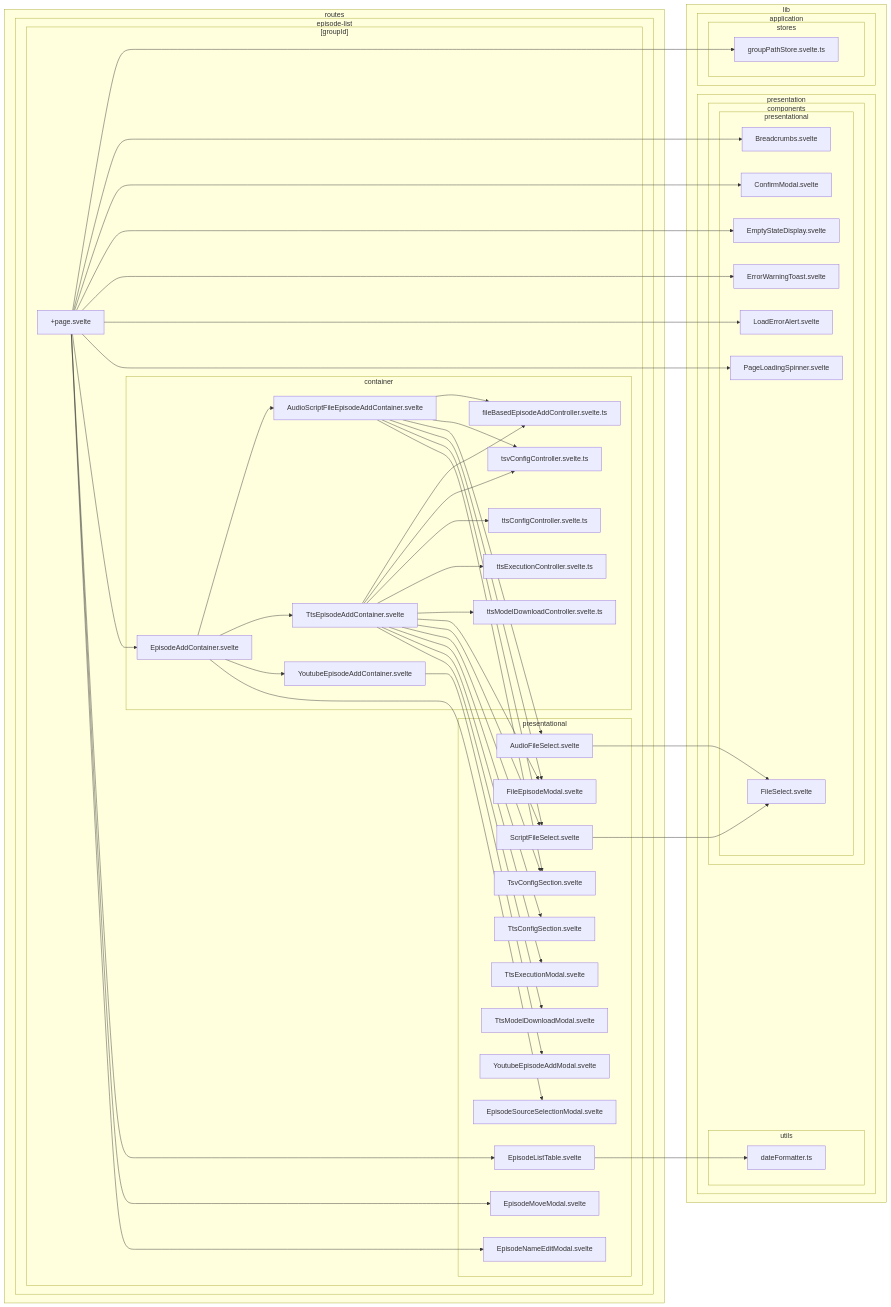
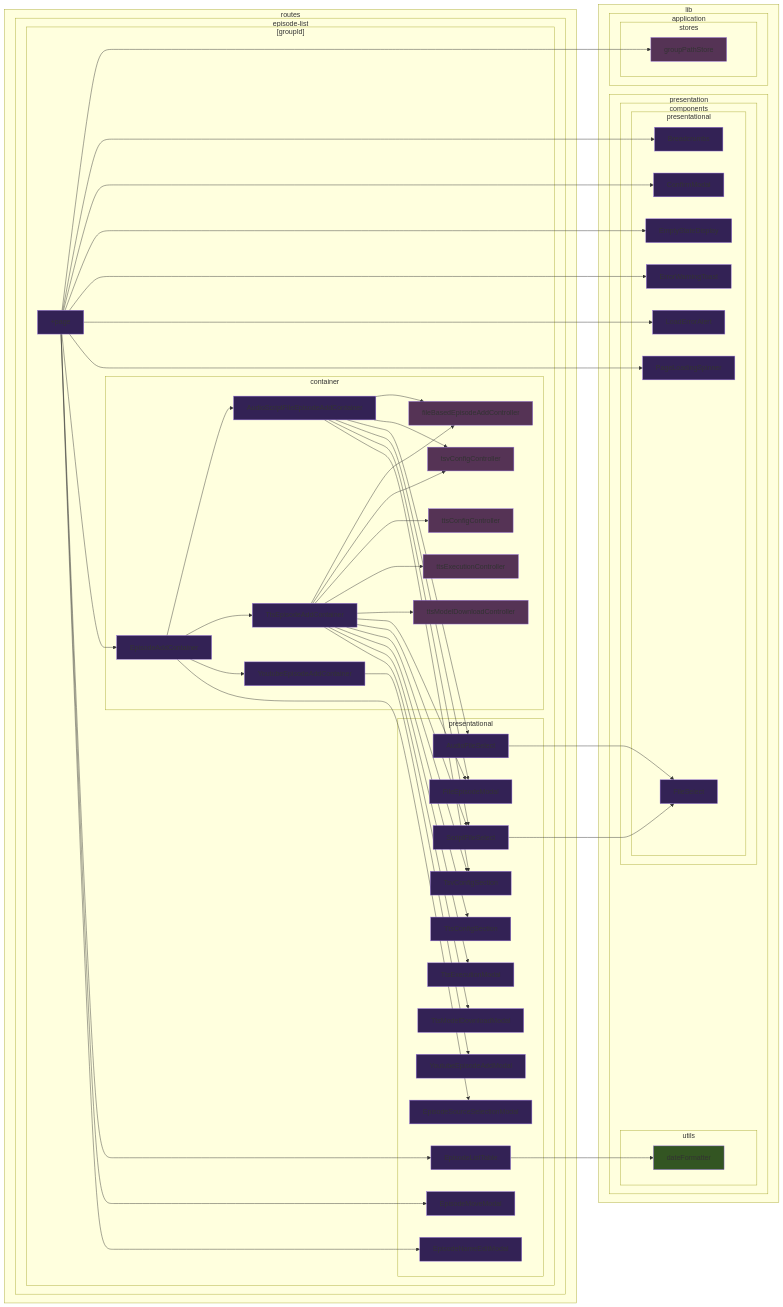
The third of 39 diagrams in doc/dependency-graph.md (k5n/kotonoha), drawn with Mermaid before and after one commit. The commit also changed other lines of this file, not shown here.

````diff
--- a/doc/dependency-graph.md
+++ b/doc/dependency-graph.md
@@ -59,25 +89,28 @@
 ```mermaid
 graph LR
+    classDef cssSvelteComponent fill:#325;
+    classDef cssSvelteScript fill:#535;
+    classDef cssTypeScript fill:#352;
         subgraph sg_lib ["lib"]
             subgraph sg_lib_application ["application"]
                 subgraph sg_lib_application_stores ["stores"]
-                    src_lib_application_stores_groupPathStore_svelte_ts["groupPathStore.svelte.ts"]
+                    src_lib_application_stores_groupPathStore_svelte_ts["groupPathStore"]
                 end
             end
             subgraph sg_lib_presentation ["presentation"]
                 subgraph sg_lib_presentation_components ["components"]
                     subgraph sg_lib_presentation_components_presentational ["presentational"]
-                        src_lib_presentation_components_presentational_Breadcrumbs_svelte["Breadcrumbs.svelte"]
-                        src_lib_presentation_components_presentational_ConfirmModal_svelte["ConfirmModal.svelte"]
-                        src_lib_presentation_components_presentational_EmptyStateDisplay_svelte["EmptyStateDisplay.svelte"]
-                        src_lib_presentation_components_presentational_ErrorWarningToast_svelte["ErrorWarningToast.svelte"]
-                        src_lib_presentation_components_presentational_FileSelect_svelte["FileSelect.svelte"]
-                        src_lib_presentation_components_presentational_LoadErrorAlert_svelte["LoadErrorAlert.svelte"]
-                        src_lib_presentation_components_presentational_PageLoadingSpinner_svelte["PageLoadingSpinner.svelte"]
+                        src_lib_presentation_components_presentational_Breadcrumbs_svelte["Breadcrumbs"]
+                        src_lib_presentation_components_presentational_ConfirmModal_svelte["ConfirmModal"]
+                        src_lib_presentation_components_presentational_EmptyStateDisplay_svelte["EmptyStateDisplay"]
+                        src_lib_presentation_components_presentational_ErrorWarningToast_svelte["ErrorWarningToast"]
+                        src_lib_presentation_components_presentational_FileSelect_svelte["FileSelect"]
+                        src_lib_presentation_components_presentational_LoadErrorAlert_svelte["LoadErrorAlert"]
+                        src_lib_presentation_components_presentational_PageLoadingSpinner_svelte["PageLoadingSpinner"]
                     end
                 end
                 subgraph sg_lib_presentation_utils ["utils"]
-                    src_lib_presentation_utils_dateFormatter_ts["dateFormatter.ts"]
+                    src_lib_presentation_utils_dateFormatter_ts["dateFormatter"]
                 end
             end
         end
@@ -85,30 +118,30 @@
             subgraph sg_routes_episode_list ["episode-list"]
                 subgraph sg_routes_episode_list__groupId_ ["[groupId]"]
                     subgraph sg_routes_episode_list__groupId__container ["container"]
-                        src_routes_episode_list__groupId__container_AudioScriptFileEpisodeAddContainer_svelte["AudioScriptFileEpisodeAddContainer.svelte"]
-                        src_routes_episode_list__groupId__container_EpisodeAddContainer_svelte["EpisodeAddContainer.svelte"]
-                        src_routes_episode_list__groupId__container_fileBasedEpisodeAddController_svelte_ts["fileBasedEpisodeAddController.svelte.ts"]
-                        src_routes_episode_list__groupId__container_tsvConfigController_svelte_ts["tsvConfigController.svelte.ts"]
-                        src_routes_episode_list__groupId__container_ttsConfigController_svelte_ts["ttsConfigController.svelte.ts"]
-                        src_routes_episode_list__groupId__container_TtsEpisodeAddContainer_svelte["TtsEpisodeAddContainer.svelte"]
-                        src_routes_episode_list__groupId__container_ttsExecutionController_svelte_ts["ttsExecutionController.svelte.ts"]
-                        src_routes_episode_list__groupId__container_ttsModelDownloadController_svelte_ts["ttsModelDownloadController.svelte.ts"]
-                        src_routes_episode_list__groupId__container_YoutubeEpisodeAddContainer_svelte["YoutubeEpisodeAddContainer.svelte"]
+                        src_routes_episode_list__groupId__container_AudioScriptFileEpisodeAddContainer_svelte["AudioScriptFileEpisodeAddContainer"]
+                        src_routes_episode_list__groupId__container_EpisodeAddContainer_svelte["EpisodeAddContainer"]
+                        src_routes_episode_list__groupId__container_fileBasedEpisodeAddController_svelte_ts["fileBasedEpisodeAddController"]
+                        src_routes_episode_list__groupId__container_tsvConfigController_svelte_ts["tsvConfigController"]
+                        src_routes_episode_list__groupId__container_ttsConfigController_svelte_ts["ttsConfigController"]
+                        src_routes_episode_list__groupId__container_TtsEpisodeAddContainer_svelte["TtsEpisodeAddContainer"]
+                        src_routes_episode_list__groupId__container_ttsExecutionController_svelte_ts["ttsExecutionController"]
+                        src_routes_episode_list__groupId__container_ttsModelDownloadController_svelte_ts["ttsModelDownloadController"]
+                        src_routes_episode_list__groupId__container_YoutubeEpisodeAddContainer_svelte["YoutubeEpisodeAddContainer"]
                     end
-                    src_routes_episode_list__groupId___page_svelte["+page.svelte"]
+                    src_routes_episode_list__groupId___page_svelte["+page"]
                     subgraph sg_routes_episode_list__groupId__presentational ["presentational"]
-                        src_routes_episode_list__groupId__presentational_AudioFileSelect_svelte["AudioFileSelect.svelte"]
-                        src_routes_episode_list__groupId__presentational_EpisodeListTable_svelte["EpisodeListTable.svelte"]
-                        src_routes_episode_list__groupId__presentational_EpisodeMoveModal_svelte["EpisodeMoveModal.svelte"]
-                        src_routes_episode_list__groupId__presentational_EpisodeNameEditModal_svelte["EpisodeNameEditModal.svelte"]
-                        src_routes_episode_list__groupId__presentational_EpisodeSourceSelectionModal_svelte["EpisodeSourceSelectionModal.svelte"]
-                        src_routes_episode_list__groupId__presentational_FileEpisodeModal_svelte["FileEpisodeModal.svelte"]
-                        src_routes_episode_list__groupId__presentational_ScriptFileSelect_svelte["ScriptFileSelect.svelte"]
-                        src_routes_episode_list__groupId__presentational_TsvConfigSection_svelte["TsvConfigSection.svelte"]
-                        src_routes_episode_list__groupId__presentational_TtsConfigSection_svelte["TtsConfigSection.svelte"]
-                        src_routes_episode_list__groupId__presentational_TtsExecutionModal_svelte["TtsExecutionModal.svelte"]
-                        src_routes_episode_list__groupId__presentational_TtsModelDownloadModal_svelte["TtsModelDownloadModal.svelte"]
-                        src_routes_episode_list__groupId__presentational_YoutubeEpisodeAddModal_svelte["YoutubeEpisodeAddModal.svelte"]
+                        src_routes_episode_list__groupId__presentational_AudioFileSelect_svelte["AudioFileSelect"]
+                        src_routes_episode_list__groupId__presentational_EpisodeListTable_svelte["EpisodeListTable"]
+                        src_routes_episode_list__groupId__presentational_EpisodeMoveModal_svelte["EpisodeMoveModal"]
+                        src_routes_episode_list__groupId__presentational_EpisodeNameEditModal_svelte["EpisodeNameEditModal"]
+                        src_routes_episode_list__groupId__presentational_EpisodeSourceSelectionModal_svelte["EpisodeSourceSelectionModal"]
+                        src_routes_episode_list__groupId__presentational_FileEpisodeModal_svelte["FileEpisodeModal"]
+                        src_routes_episode_list__groupId__presentational_ScriptFileSelect_svelte["ScriptFileSelect"]
+                        src_routes_episode_list__groupId__presentational_TsvConfigSection_svelte["TsvConfigSection"]
+                        src_routes_episode_list__groupId__presentational_TtsConfigSection_svelte["TtsConfigSection"]
+                        src_routes_episode_list__groupId__presentational_TtsExecutionModal_svelte["TtsExecutionModal"]
+                        src_routes_episode_list__groupId__presentational_TtsModelDownloadModal_svelte["TtsModelDownloadModal"]
+                        src_routes_episode_list__groupId__presentational_YoutubeEpisodeAddModal_svelte["YoutubeEpisodeAddModal"]
                     end
                 end
             end
@@ -149,4 +182,35 @@
     src_routes_episode_list__groupId__container_YoutubeEpisodeAddContainer_svelte --> src_routes_episode_list__groupId__presentational_YoutubeEpisodeAddModal_svelte
     src_routes_episode_list__groupId__presentational_AudioFileSelect_svelte --> src_lib_presentation_components_presentational_FileSelect_svelte
     src_routes_episode_list__groupId__presentational_ScriptFileSelect_svelte --> src_lib_presentation_components_presentational_FileSelect_svelte
+    class src_lib_application_stores_groupPathStore_svelte_ts cssSvelteScript
+    class src_lib_presentation_components_presentational_Breadcrumbs_svelte cssSvelteComponent
+    class src_lib_presentation_components_presentational_ConfirmModal_svelte cssSvelteComponent
+    class src_lib_presentation_components_presentational_EmptyStateDisplay_svelte cssSvelteComponent
+    class src_lib_presentation_components_presentational_ErrorWarningToast_svelte cssSvelteComponent
+    class src_lib_presentation_components_presentational_FileSelect_svelte cssSvelteComponent
+    class src_lib_presentation_components_presentational_LoadErrorAlert_svelte cssSvelteComponent
+    class src_lib_presentation_components_presentational_PageLoadingSpinner_svelte cssSvelteComponent
+    class src_lib_presentation_utils_dateFormatter_ts cssTypeScript
+    class src_routes_episode_list__groupId__container_AudioScriptFileEpisodeAddContainer_svelte cssSvelteComponent
+    class src_routes_episode_list__groupId__container_EpisodeAddContainer_svelte cssSvelteComponent
+    class src_routes_episode_list__groupId__container_fileBasedEpisodeAddController_svelte_ts cssSvelteScript
+    class src_routes_episode_list__groupId__container_tsvConfigController_svelte_ts cssSvelteScript
+    class src_routes_episode_list__groupId__container_ttsConfigController_svelte_ts cssSvelteScript
+    class src_routes_episode_list__groupId__container_TtsEpisodeAddContainer_svelte cssSvelteComponent
+    class src_routes_episode_list__groupId__container_ttsExecutionController_svelte_ts cssSvelteScript
+    class src_routes_episode_list__groupId__container_ttsModelDownloadController_svelte_ts cssSvelteScript
+    class src_routes_episode_list__groupId__container_YoutubeEpisodeAddContainer_svelte cssSvelteComponent
+    class src_routes_episode_list__groupId___page_svelte cssSvelteComponent
+    class src_routes_episode_list__groupId__presentational_AudioFileSelect_svelte cssSvelteComponent
+    class src_routes_episode_list__groupId__presentational_EpisodeListTable_svelte cssSvelteComponent
+    class src_routes_episode_list__groupId__presentational_EpisodeMoveModal_svelte cssSvelteComponent
+    class src_routes_episode_list__groupId__presentational_EpisodeNameEditModal_svelte cssSvelteComponent
+    class src_routes_episode_list__groupId__presentational_EpisodeSourceSelectionModal_svelte cssSvelteComponent
+    class src_routes_episode_list__groupId__presentational_FileEpisodeModal_svelte cssSvelteComponent
+    class src_routes_episode_list__groupId__presentational_ScriptFileSelect_svelte cssSvelteComponent
+    class src_routes_episode_list__groupId__presentational_TsvConfigSection_svelte cssSvelteComponent
+    class src_routes_episode_list__groupId__presentational_TtsConfigSection_svelte cssSvelteComponent
+    class src_routes_episode_list__groupId__presentational_TtsExecutionModal_svelte cssSvelteComponent
+    class src_routes_episode_list__groupId__presentational_TtsModelDownloadModal_svelte cssSvelteComponent
+    class src_routes_episode_list__groupId__presentational_YoutubeEpisodeAddModal_svelte cssSvelteComponent
 ```
````
